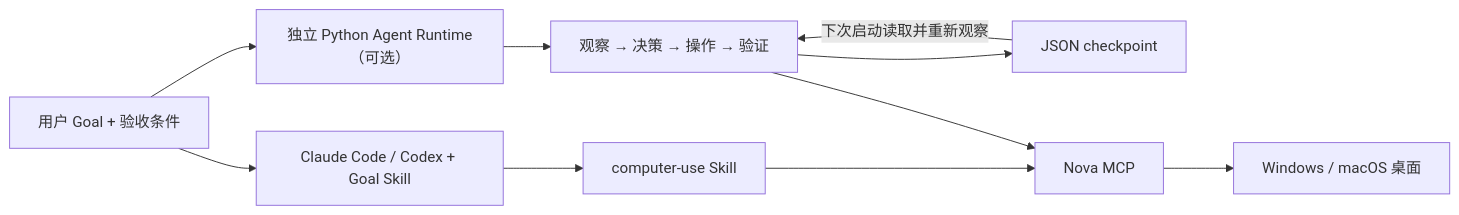
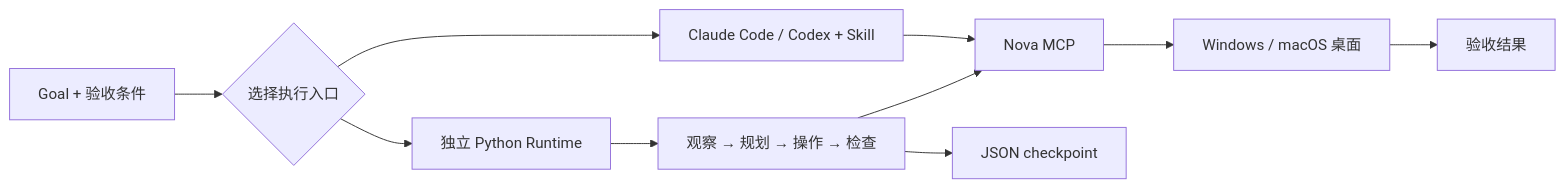
Before and after one commit to xiangguangxin/OpenAS: the first of 3 diagrams in README.md, drawn with Mermaid. The commit also changed other lines of this file, not shown here.

Commit message:
docs: redesign README information architecture and bilingual landing page

````diff
--- a/README.md
+++ b/README.md
@@ -259,12 +76,12 @@
 ```mermaid
 flowchart LR
-    goal["用户 Goal + 验收条件"] --> host["Claude Code / Codex + Goal Skill"]
-    goal --> runtime["独立 Python Agent Runtime（可选）"]
-    host --> skill["computer-use Skill"]
-    runtime --> loop["观察 → 决策 → 操作 → 验证"]
-    loop --> checkpoint["JSON checkpoint"]
-    checkpoint -->|下次启动读取并重新观察| loop
-    skill --> nova["Nova MCP"]
-    loop --> nova
-    nova --> desktop["Windows / macOS 桌面"]
+    G["Goal + 验收条件"] --> M{"选择执行入口"}
+    M --> S["Claude Code / Codex + Skill"]
+    M --> R["独立 Python Runtime"]
+    S --> N["Nova MCP"]
+    R --> L["观察 → 规划 → 操作 → 检查"]
+    L --> N
+    L --> C["JSON checkpoint"]
+    N --> D["Windows / macOS 桌面"]
+    D --> V["验收结果"]
 ```
````
